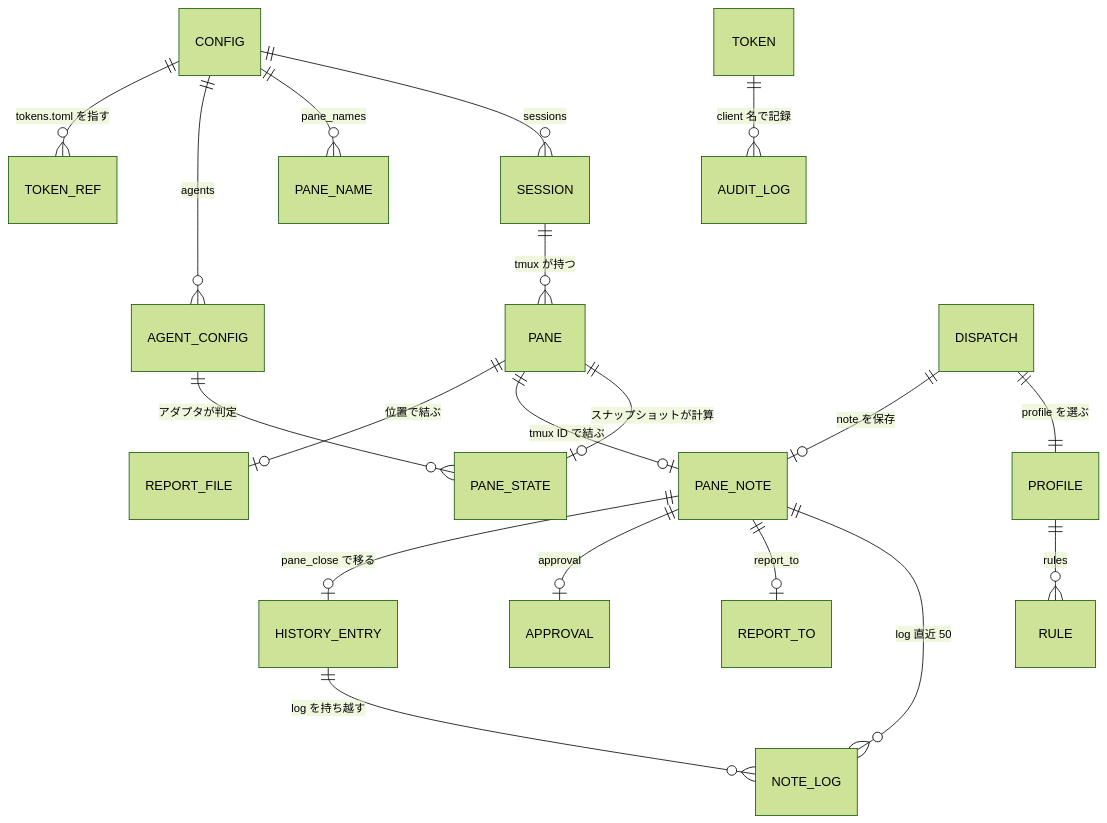
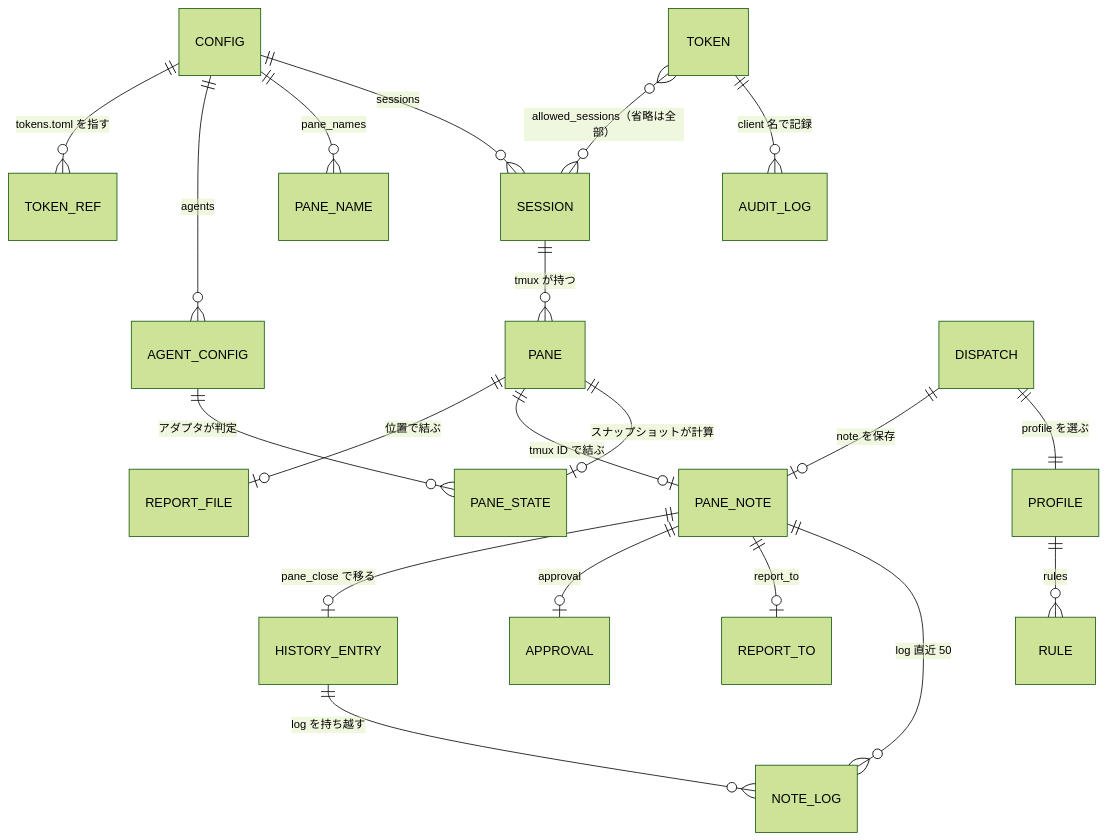
Before and after one commit to ousiassllc/swarm-console: the first of 5 diagrams in docs/architecture/er.md, drawn with Mermaid (forest theme). The commit also changed other lines of this file and 17 other files, not shown here.

Commit message:
docs: セッション分割対応（許可セッション・session 引数・sessions_list）を仕様に反映

````diff
--- a/docs/architecture/er.md
+++ b/docs/architecture/er.md
@@ -24,24 +24,25 @@
 ```mermaid
 erDiagram
     CONFIG ||--o{ SESSION : "sessions"
     CONFIG ||--o{ PANE_NAME : "pane_names"
     CONFIG ||--o{ AGENT_CONFIG : "agents"
     CONFIG ||--o{ TOKEN_REF : "tokens.toml を指す"
     TOKEN ||--o{ AUDIT_LOG : "client 名で記録"
+    TOKEN }o--o{ SESSION : "allowed_sessions（省略は全部）"
 
     SESSION ||--o{ PANE : "tmux が持つ"
     PANE ||--o| PANE_STATE : "スナップショットが計算"
     PANE ||--o| PANE_NOTE : "tmux ID で結ぶ"
     PANE ||--o| REPORT_FILE : "位置で結ぶ"
     AGENT_CONFIG ||--o{ PANE_STATE : "アダプタが判定"
 
     PANE_NOTE ||--o{ NOTE_LOG : "log 直近 50"
     PANE_NOTE ||--o| REPORT_TO : "report_to"
     PANE_NOTE ||--o| APPROVAL : "approval"
     PANE_NOTE ||--o| HISTORY_ENTRY : "pane_close で移る"
     HISTORY_ENTRY ||--o{ NOTE_LOG : "log を持ち越す"
 
     PROFILE ||--o{ RULE : "rules"
     DISPATCH ||--|| PROFILE : "profile を選ぶ"
     DISPATCH ||--o| PANE_NOTE : "note を保存"
 ```
````
